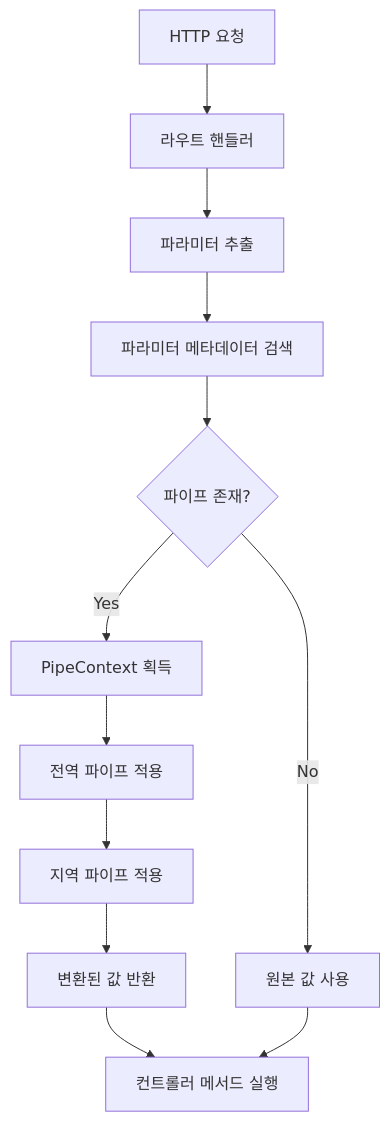
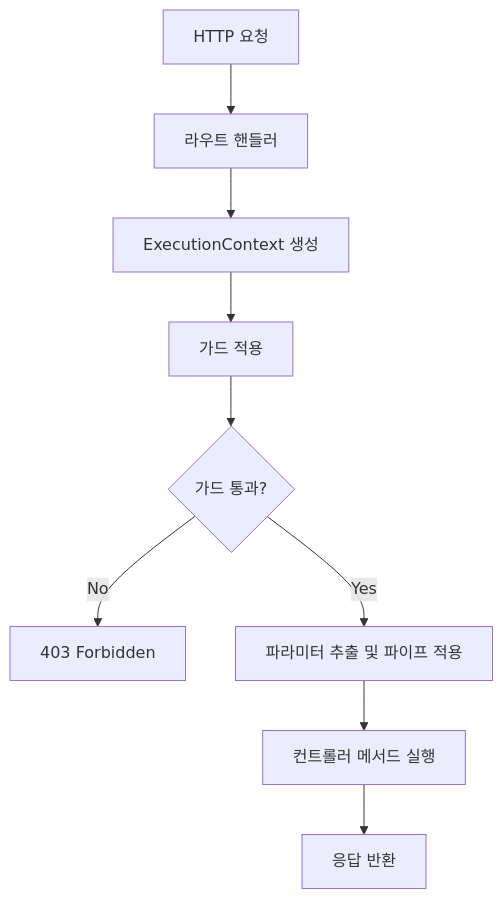
Before and after one commit to MAHT1990/self_nest: the first of 2 diagrams in docs/pipe.md, drawn with Mermaid. The commit also changed other lines of this file and 2 other files, not shown here.

````diff
--- a/docs/pipe.md
+++ b/docs/pipe.md
@@ -113,14 +113,11 @@
 ```mermaid
 flowchart TD
     A[HTTP 요청] --> B[라우트 핸들러]
-    B --> C[파라미터 추출]
-    C --> D[파라미터 메타데이터 검색]
-    D --> E{파이프 존재?}
-    E -->|Yes| F[PipeContext 획득]
-    E -->|No| K[원본 값 사용]
-    F --> G[전역 파이프 적용]
-    G --> H[지역 파이프 적용]
-    H --> I[변환된 값 반환]
-    I --> J[컨트롤러 메서드 실행]
-    K --> J
+    B --> C[ExecutionContext 생성]
+    C --> D[가드 적용]
+    D --> E{가드 통과?}
+    E -->|No| F[403 Forbidden]
+    E -->|Yes| G[파라미터 추출 및 파이프 적용]
+    G --> H[컨트롤러 메서드 실행]
+    H --> I[응답 반환]
 ```
````
